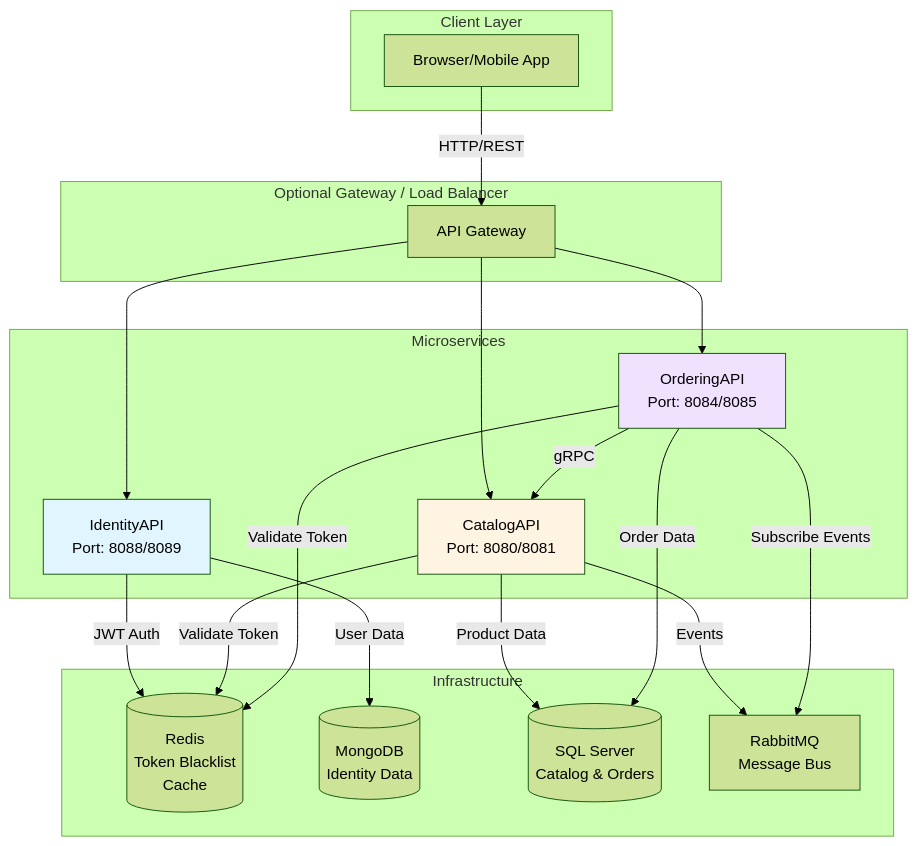
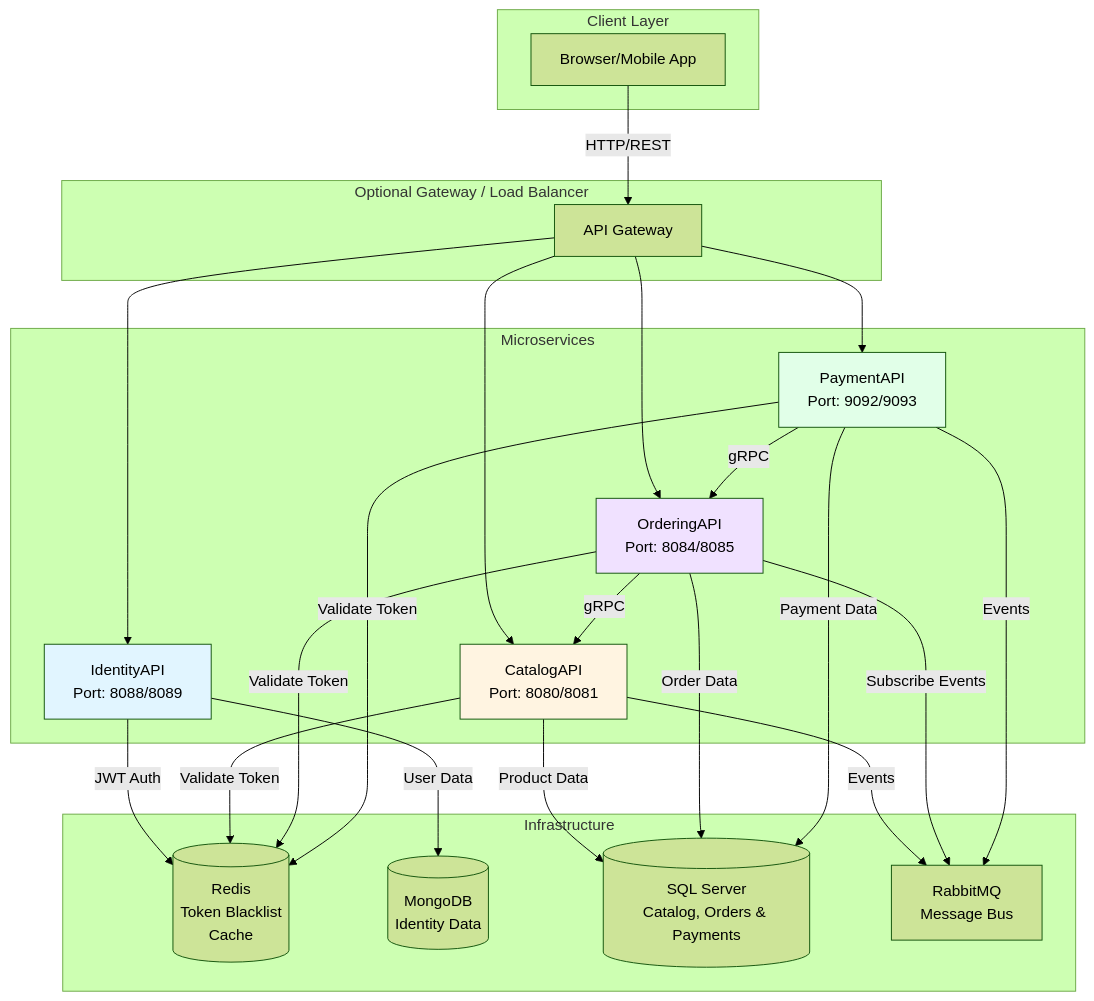
Before and after one commit to gndev-vn/DDDSample: the first of 10 diagrams in docs/architecture.md, drawn with Mermaid (forest theme). The commit also changed other lines of this file and 46 other files, not shown here.

Commit message:
Add PaymentAPI to the solution

````diff
--- a/docs/architecture.md
+++ b/docs/architecture.md
@@ -7,44 +7,52 @@
 ```mermaid
 graph TB
     subgraph "Client Layer"
         Browser[Browser/Mobile App]
     end
 
     subgraph "Optional Gateway / Load Balancer"
         Gateway[API Gateway]
     end
 
     subgraph "Microservices"
         Identity[IdentityAPI<br/>Port: 8088/8089]
         Catalog[CatalogAPI<br/>Port: 8080/8081]
         Ordering[OrderingAPI<br/>Port: 8084/8085]
+        Payment[PaymentAPI<br/>Port: 9092/9093]
     end
 
     subgraph "Infrastructure"
         Redis[(Redis<br/>Token Blacklist<br/>Cache)]
         MongoDB[(MongoDB<br/>Identity Data)]
-        SQLServer[(SQL Server<br/>Catalog & Orders)]
+        SQLServer[(SQL Server<br/>Catalog, Orders & Payments)]
         RabbitMQ[RabbitMQ<br/>Message Bus]
     end
 
     Browser -->|HTTP/REST| Gateway
     Gateway --> Identity
     Gateway --> Catalog
     Gateway --> Ordering
+    Gateway --> Payment
 
     Identity -->|JWT Auth| Redis
     Identity -->|User Data| MongoDB
     
     Catalog -->|Product Data| SQLServer
     Catalog -->|Events| RabbitMQ
     Catalog -->|Validate Token| Redis
     
     Ordering -->|Order Data| SQLServer
     Ordering -->|Subscribe Events| RabbitMQ
     Ordering -->|gRPC| Catalog
     Ordering -->|Validate Token| Redis
 
+    Payment -->|Payment Data| SQLServer
+    Payment -->|Events| RabbitMQ
+    Payment -->|gRPC| Ordering
+    Payment -->|Validate Token| Redis
+
     style Identity fill:#e1f5ff
     style Catalog fill:#fff4e1
     style Ordering fill:#f0e1ff
+    style Payment fill:#e1ffe8
 ```
````
